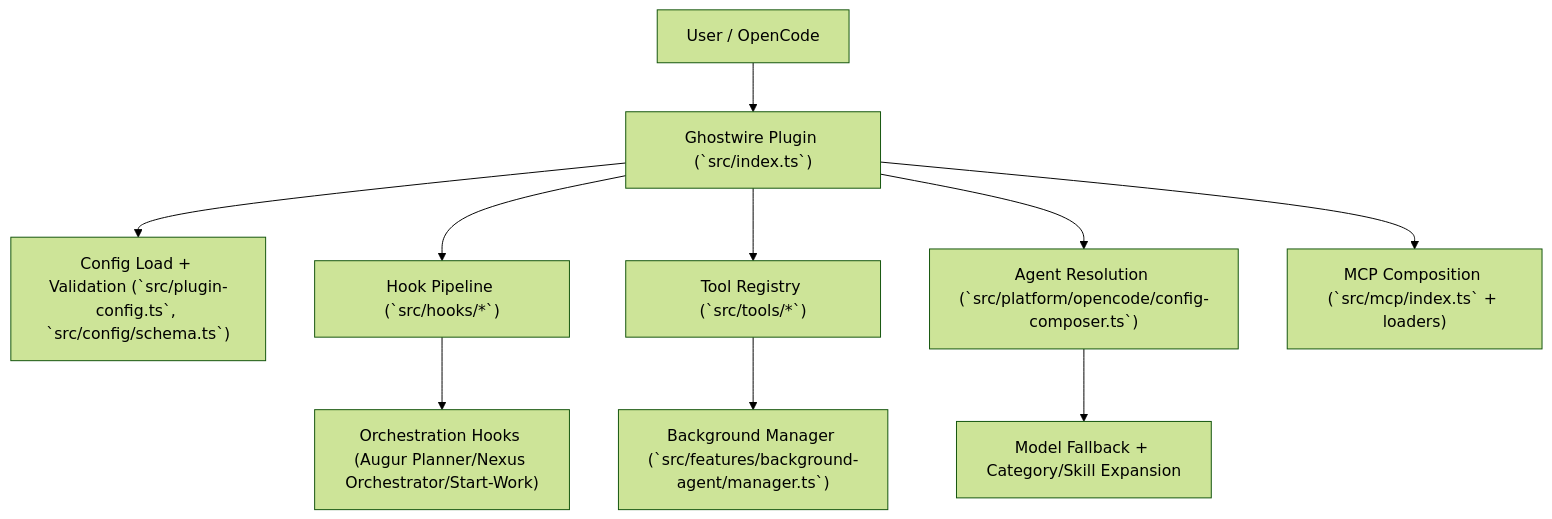
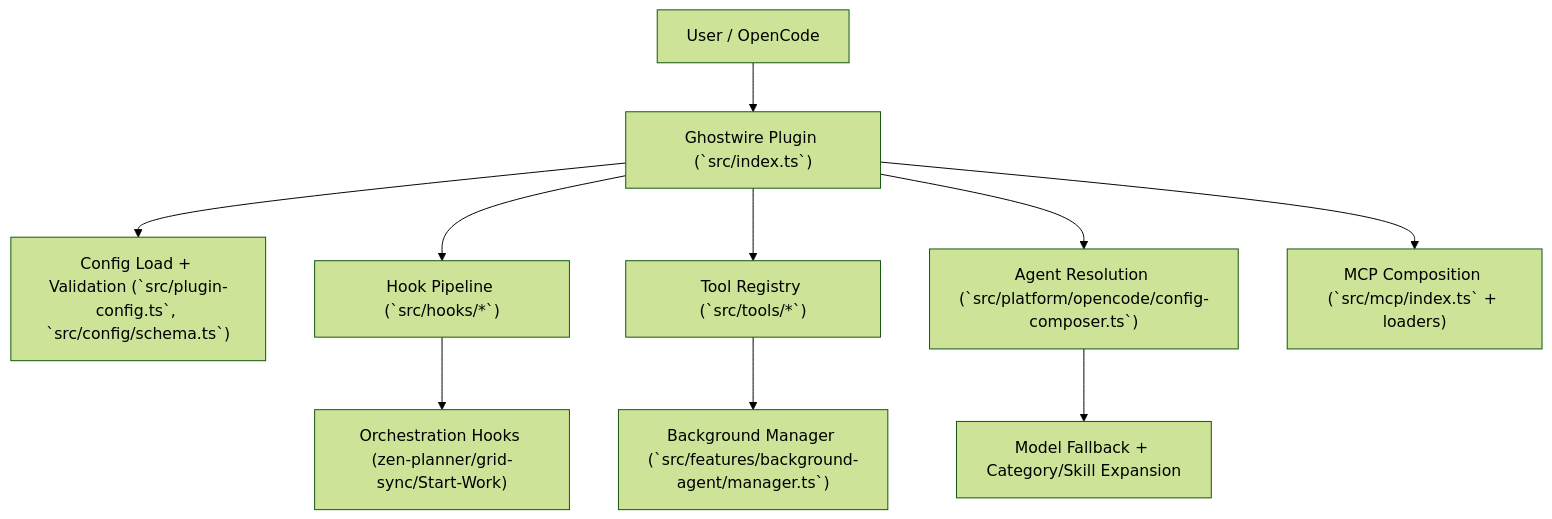
Before and after one commit to hackefeller/ghostwire: the diagram in docs/concepts/system-deep-dive.md, drawn with Mermaid (forest theme). The commit also changed other lines of this file and 103 other files, not shown here.

First line of the commit message:
Rename planner and orchestrator agents (zen-planner)

````diff
--- a/docs/concepts/system-deep-dive.md
+++ b/docs/concepts/system-deep-dive.md
@@ -25,12 +25,12 @@
 ```mermaid
 flowchart TD
     U["User / OpenCode"] --> P["Ghostwire Plugin (`src/index.ts`)"]
     P --> C["Config Load + Validation (`src/plugin-config.ts`, `src/config/schema.ts`)"]
     P --> H["Hook Pipeline (`src/hooks/*`)"]
     P --> T["Tool Registry (`src/tools/*`)"]
     P --> A["Agent Resolution (`src/platform/opencode/config-composer.ts`)"]
     A --> M["Model Fallback + Category/Skill Expansion"]
     T --> B["Background Manager (`src/features/background-agent/manager.ts`)"]
-    H --> O["Orchestration Hooks (Augur Planner/Nexus Orchestrator/Start-Work)"]
+    H --> O["Orchestration Hooks (zen-planner/grid-sync/Start-Work)"]
     P --> MCP["MCP Composition (`src/mcp/index.ts` + loaders)"]
 ```
````
